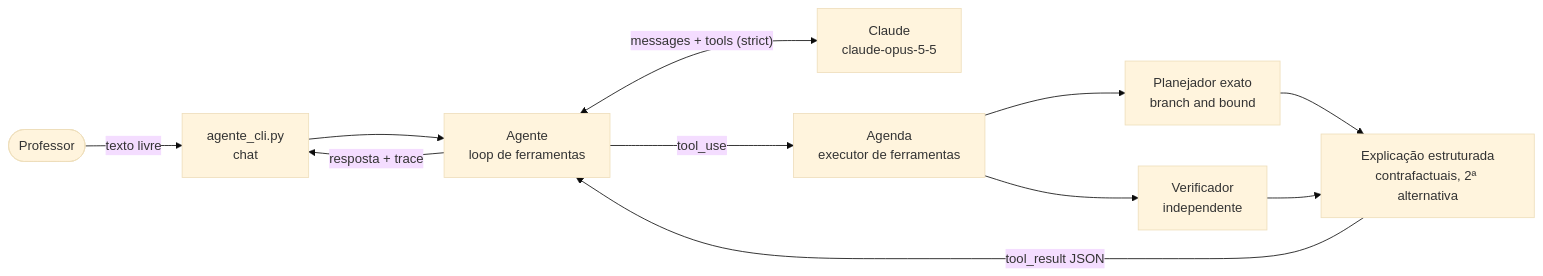
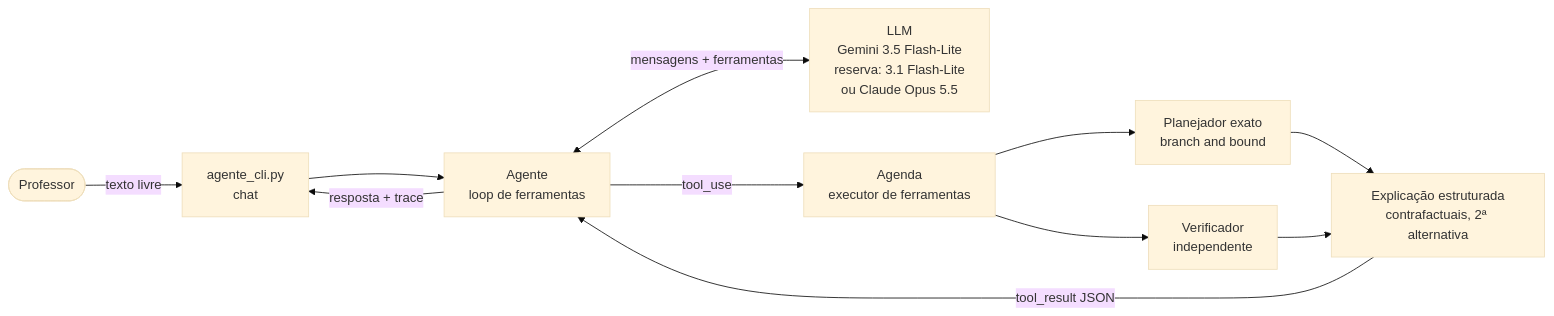
One commit to brunog2/lista2-ia-ufal changed the diagram in src/q12_agente_llm/README.md. Above: the diagram before and after it, drawn with Mermaid (base theme). The commit also changed other lines of this file and 8 other files, not shown here.

Commit message:
feat: q12 usa Gemini 3.5 Flash-Lite com reserva no 3.1 Flash-Lite e chave em .env ignorado

````diff
--- a/src/q12_agente_llm/README.md
+++ b/src/q12_agente_llm/README.md
@@ -73,13 +75,13 @@
 ```mermaid
 flowchart LR
     P([Professor]) -- texto livre --> CLI[agente_cli.py<br/>chat]
     CLI --> AG[Agente<br/>loop de ferramentas]
-    AG <-- "messages + tools (strict)" --> LLM[Claude<br/>claude-opus-5-5]
+    AG <-- "mensagens + ferramentas" --> LLM[LLM<br/>Gemini 3.5 Flash-Lite<br/>reserva: 3.1 Flash-Lite<br/>ou Claude Opus 5.5]
     AG -- tool_use --> EX[Agenda<br/>executor de ferramentas]
     EX --> PL[Planejador exato<br/>branch and bound]
     EX --> VE[Verificador<br/>independente]
     PL --> XP[Explicação estruturada<br/>contrafactuais, 2ª alternativa]
     VE --> XP
     XP -- tool_result JSON --> AG
     AG -- resposta + trace --> CLI
 ```
````
